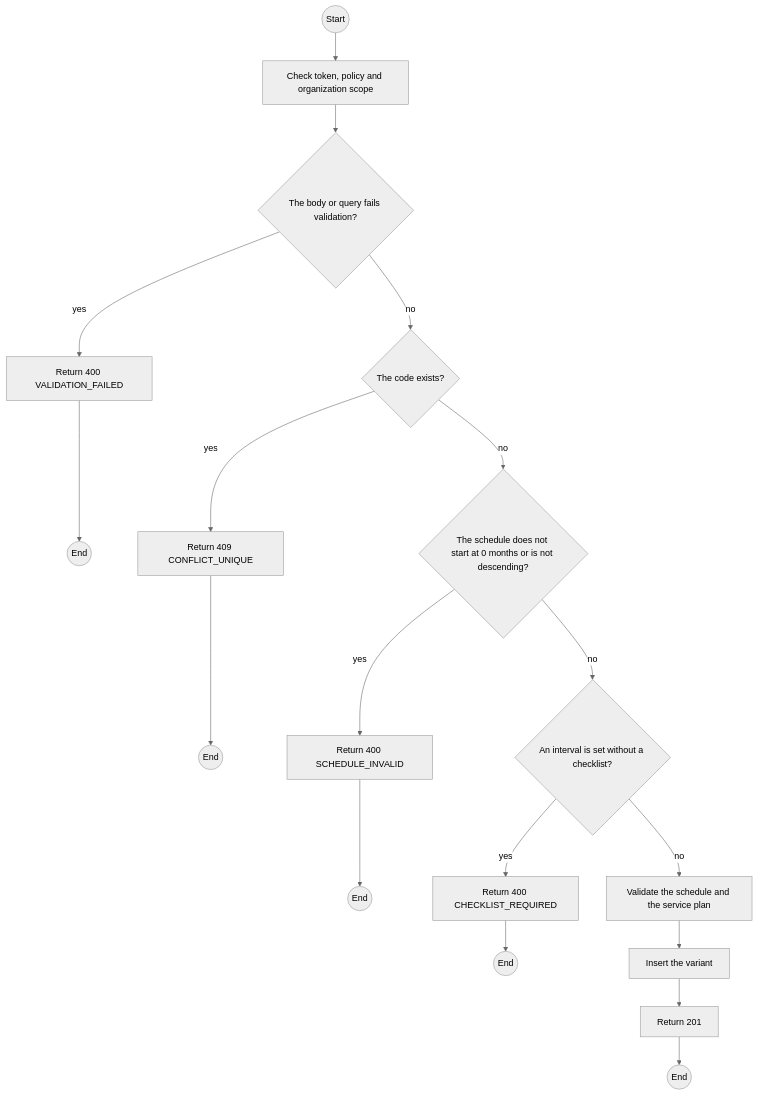
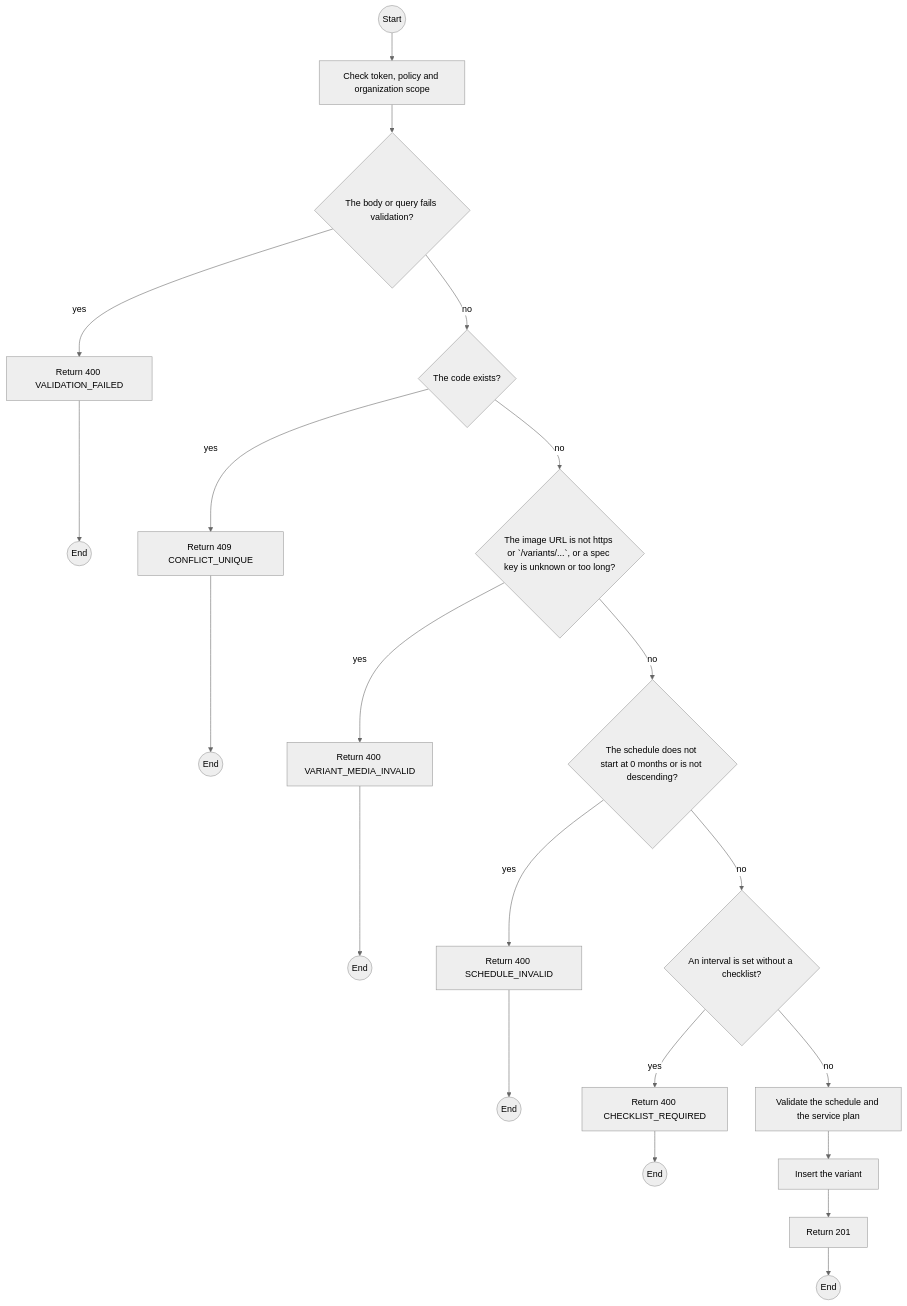
Before and after one commit to TrekLink-Team/treklink-web: the first of 2 diagrams in specs/devices/api-design/02-post-hardware-variants.md, drawn with Mermaid (neutral theme). The commit also changed other lines of this file and 7 other files, not shown here.

First line of the commit message:
docs(devices): specify the variant image and spec sheet (gap G1)

````diff
--- a/specs/devices/api-design/02-post-hardware-variants.md
+++ b/specs/devices/api-design/02-post-hardware-variants.md
@@ -222,33 +247,38 @@
 ```mermaid
 flowchart TB
     S((Start))
     A0["Check token, policy and organization scope"]
     S --> A0
     D1{"The body or query fails validation?"}
     A0 --> D1
     E1["Return 400 VALIDATION_FAILED"]
     D1 -->|yes| E1
     E1 --> X1((End))
     D2{"The code exists?"}
     D1 -->|no| D2
     E2["Return 409 CONFLICT_UNIQUE"]
     D2 -->|yes| E2
     E2 --> X2((End))
-    D3{"The schedule does not start at 0 months or is not descending?"}
+    D3{"The image URL is not https or `/variants/...`, or a spec key is unknown or too long?"}
     D2 -->|no| D3
-    E3["Return 400 SCHEDULE_INVALID"]
+    E3["Return 400 VARIANT_MEDIA_INVALID"]
     D3 -->|yes| E3
     E3 --> X3((End))
-    D4{"An interval is set without a checklist?"}
+    D4{"The schedule does not start at 0 months or is not descending?"}
     D3 -->|no| D4
-    E4["Return 400 CHECKLIST_REQUIRED"]
+    E4["Return 400 SCHEDULE_INVALID"]
     D4 -->|yes| E4
     E4 --> X4((End))
+    D5{"An interval is set without a checklist?"}
+    D4 -->|no| D5
+    E5["Return 400 CHECKLIST_REQUIRED"]
+    D5 -->|yes| E5
+    E5 --> X5((End))
     P0["Validate the schedule and the service plan"]
-    D4 -->|no| P0
+    D5 -->|no| P0
     P1["Insert the variant"]
     P0 --> P1
     OK["Return 201"]
     P1 --> OK
     OK --> Z((End))
 ```
````
